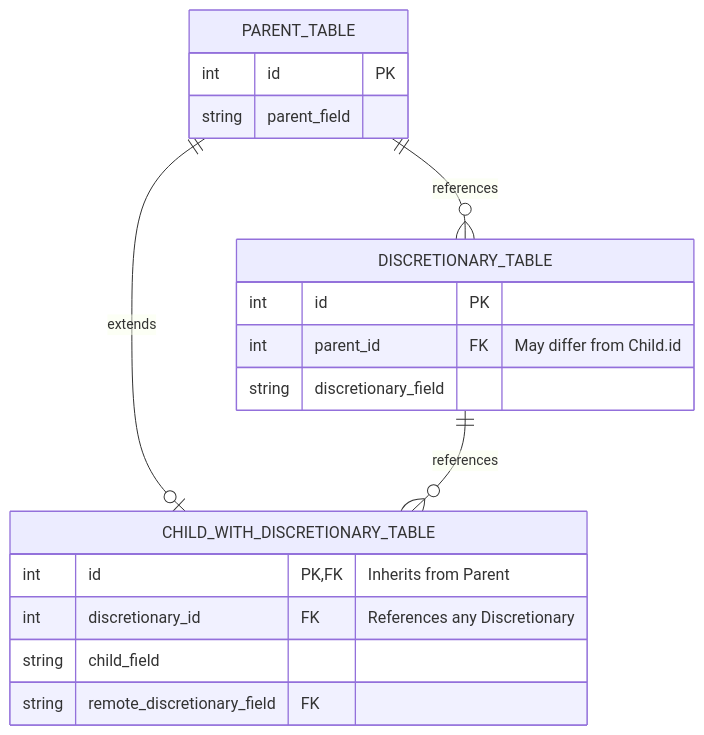
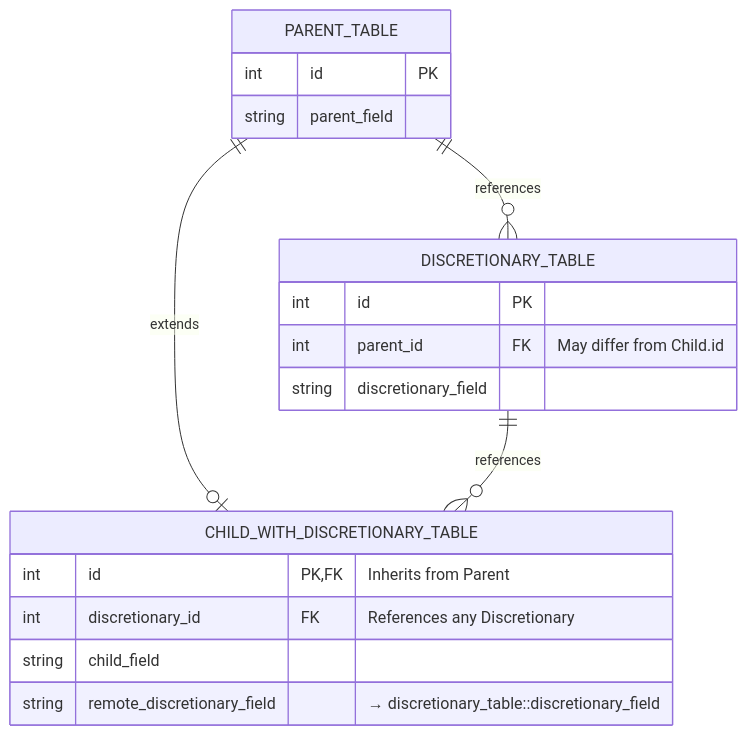
Before and after one commit to LucaCappelletti94/diesel-builders: the fifth of 5 diagrams in README.md, drawn with Mermaid. The commit also changed other lines of this file, not shown here.

````diff
--- a/README.md
+++ b/README.md
@@ -485,21 +392,21 @@
 ```mermaid
 erDiagram
     PARENT_TABLE ||--o{ DISCRETIONARY_TABLE : references
     PARENT_TABLE ||--o| CHILD_WITH_DISCRETIONARY_TABLE : extends
     DISCRETIONARY_TABLE ||--o{ CHILD_WITH_DISCRETIONARY_TABLE : "references"
     PARENT_TABLE {
         int id PK
         string parent_field
     }
     DISCRETIONARY_TABLE {
         int id PK
         int parent_id FK "May differ from Child.id"
         string discretionary_field
     }
     CHILD_WITH_DISCRETIONARY_TABLE {
         int id PK,FK "Inherits from Parent"
         int discretionary_id FK "References any Discretionary"
         string child_field
-        string remote_discretionary_field FK
+        string remote_discretionary_field "→ discretionary_table::discretionary_field"
     }
 ```
````
